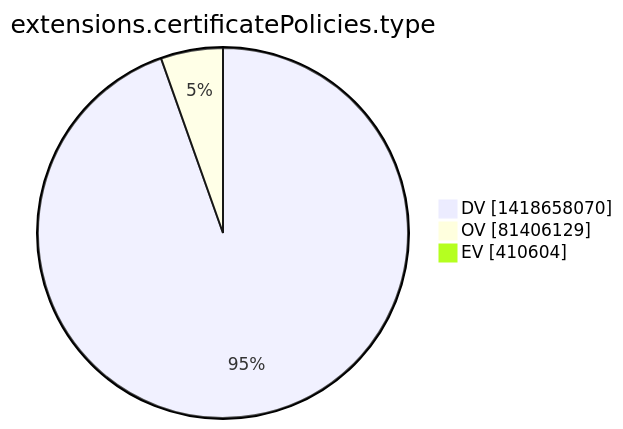
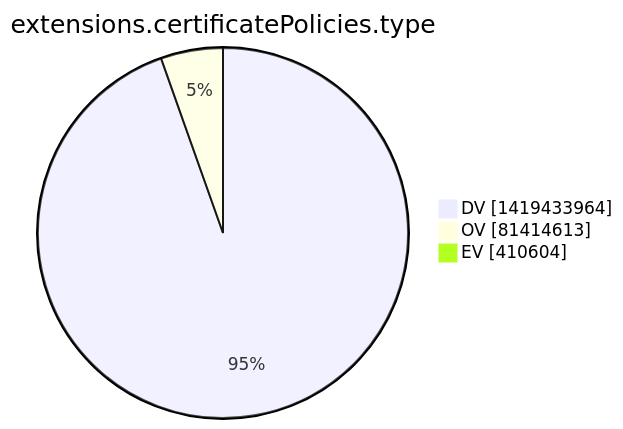
The tenth of 15 diagrams in xenon2022/README.md (christiankrug/ctmonitor_visualization), drawn with Mermaid before and after one commit. The commit also changed other lines of this file, not shown here.

````diff
--- a/xenon2022/README.md
+++ b/xenon2022/README.md
@@ -2865,7 +2865,7 @@
 ```mermaid
 pie showData
 title extensions.certificatePolicies.type
-"DV" :1418658070
-"OV" :81406129
+"DV" :1419433964
+"OV" :81414613
 "EV" :410604
 ```
````
